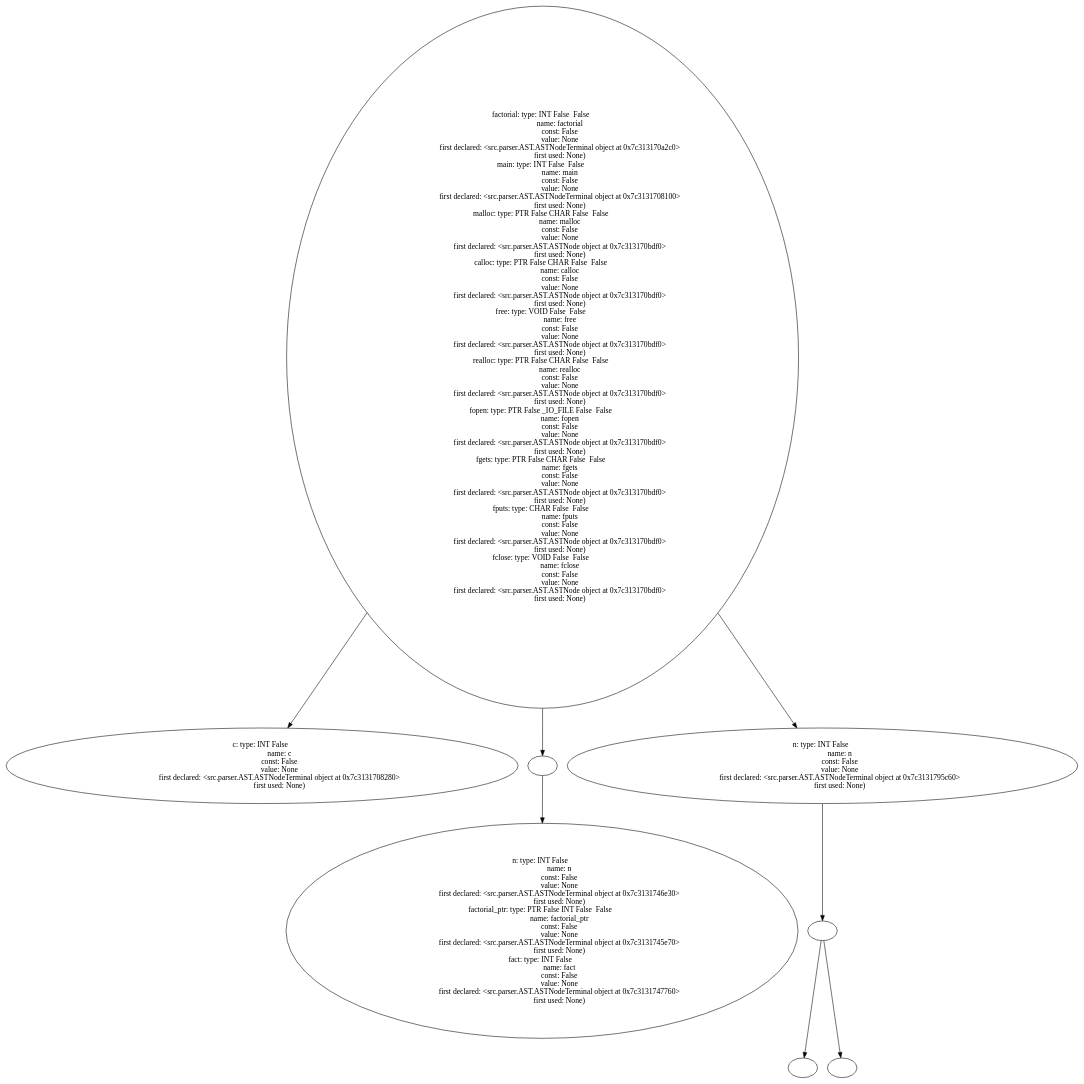
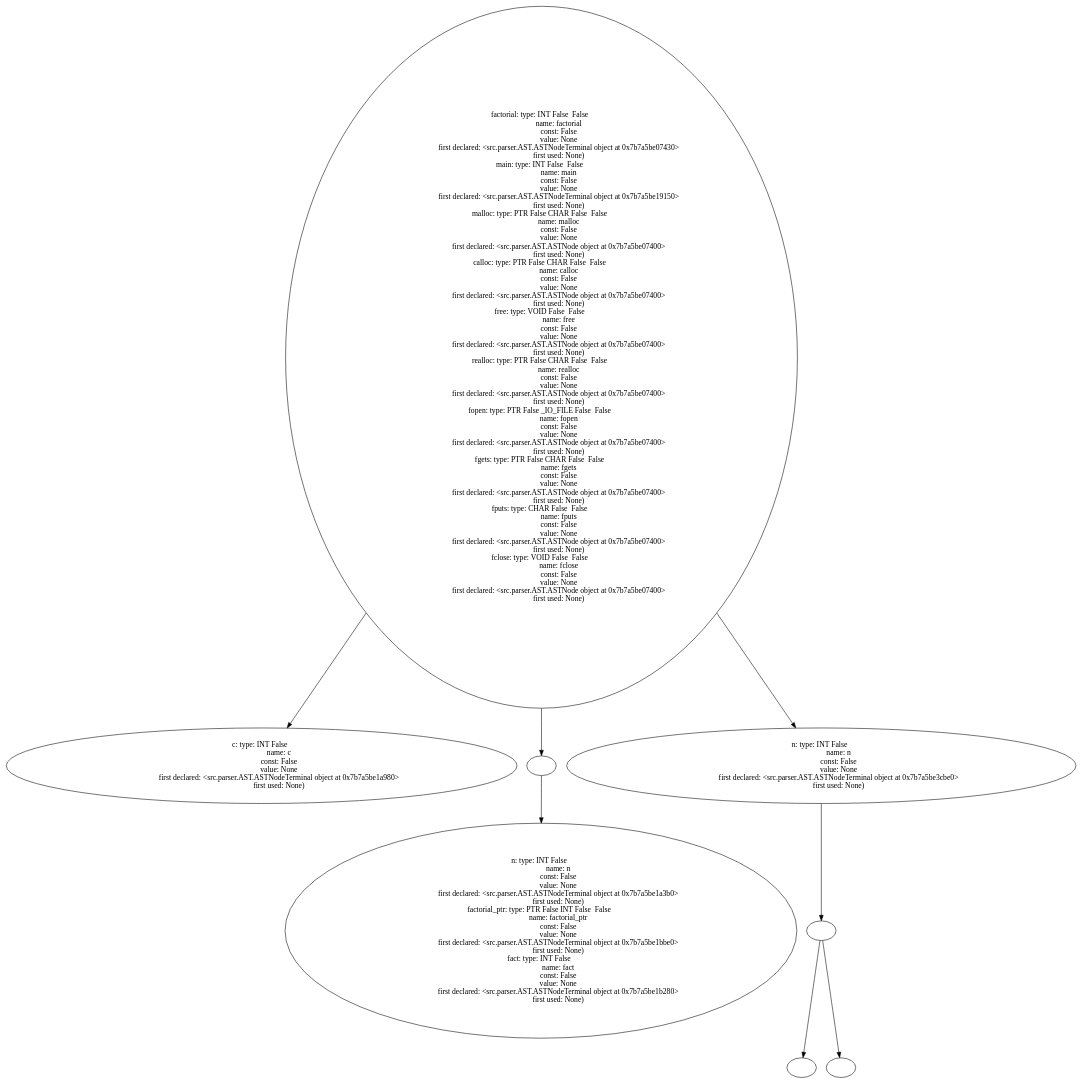
Before and after one commit to Are-you-listening/Compilers: the diagram in example_source_files/47_function_pointer/47_function_pointer_table.dot, drawn with Graphviz. The commit also changed 324 other files, not shown here.

```diff
--- a/example_source_files/47_function_pointer/47_function_pointer_table.dot
+++ b/example_source_files/47_function_pointer/47_function_pointer_table.dot
@@ -1,103 +1,103 @@
 digraph AST {
-  "136550724958768" [label="factorial: type: INT False  False  
+  "135765457740912" [label="factorial: type: INT False  False  
                    name: factorial
                    const: False
                    value: None
-                   first declared: <src.parser.AST.ASTNodeTerminal object at 0x7c313170a2c0>
+                   first declared: <src.parser.AST.ASTNodeTerminal object at 0x7b7a5be07430>
                    first used: None)
 main: type: INT False  False  
                    name: main
                    const: False
                    value: None
-                   first declared: <src.parser.AST.ASTNodeTerminal object at 0x7c3131708100>
+                   first declared: <src.parser.AST.ASTNodeTerminal object at 0x7b7a5be19150>
                    first used: None)
 malloc: type: PTR False CHAR False  False  
                    name: malloc
                    const: False
                    value: None
-                   first declared: <src.parser.AST.ASTNode object at 0x7c313170bdf0>
+                   first declared: <src.parser.AST.ASTNode object at 0x7b7a5be07400>
                    first used: None)
 calloc: type: PTR False CHAR False  False  
                    name: calloc
                    const: False
                    value: None
-                   first declared: <src.parser.AST.ASTNode object at 0x7c313170bdf0>
+                   first declared: <src.parser.AST.ASTNode object at 0x7b7a5be07400>
                    first used: None)
 free: type: VOID False  False  
                    name: free
                    const: False
                    value: None
-                   first declared: <src.parser.AST.ASTNode object at 0x7c313170bdf0>
+                   first declared: <src.parser.AST.ASTNode object at 0x7b7a5be07400>
                    first used: None)
 realloc: type: PTR False CHAR False  False  
                    name: realloc
                    const: False
                    value: None
-                   first declared: <src.parser.AST.ASTNode object at 0x7c313170bdf0>
+                   first declared: <src.parser.AST.ASTNode object at 0x7b7a5be07400>
                    first used: None)
 fopen: type: PTR False _IO_FILE False  False  
                    name: fopen
                    const: False
                    value: None
-                   first declared: <src.parser.AST.ASTNode object at 0x7c313170bdf0>
+                   first declared: <src.parser.AST.ASTNode object at 0x7b7a5be07400>
                    first used: None)
 fgets: type: PTR False CHAR False  False  
                    name: fgets
                    const: False
                    value: None
-                   first declared: <src.parser.AST.ASTNode object at 0x7c313170bdf0>
+                   first declared: <src.parser.AST.ASTNode object at 0x7b7a5be07400>
                    first used: None)
 fputs: type: CHAR False  False  
                    name: fputs
                    const: False
                    value: None
-                   first declared: <src.parser.AST.ASTNode object at 0x7c313170bdf0>
+                   first declared: <src.parser.AST.ASTNode object at 0x7b7a5be07400>
                    first used: None)
 fclose: type: VOID False  False  
                    name: fclose
                    const: False
                    value: None
-                   first declared: <src.parser.AST.ASTNode object at 0x7c313170bdf0>
+                   first declared: <src.parser.AST.ASTNode object at 0x7b7a5be07400>
                    first used: None)"];
-  "136550724958768" -> "136550724959968";
-  "136550724958768" -> "136550724953488";
-  "136550724958768" -> "136550724957088";
-  "136550724959968" [label="c: type: INT False  
+  "135765457740912" -> "135765457747824";
+  "135765457740912" -> "135765457746480";
+  "135765457740912" -> "135765457879392";
+  "135765457747824" [label="c: type: INT False  
                    name: c
                    const: False
                    value: None
-                   first declared: <src.parser.AST.ASTNodeTerminal object at 0x7c3131708280>
+                   first declared: <src.parser.AST.ASTNodeTerminal object at 0x7b7a5be1a980>
                    first used: None)"];
-  "136550724953488" [label=""];
-  "136550724953488" -> "136550724944512";
-  "136550724944512" [label="n: type: INT False  
+  "135765457746480" [label=""];
+  "135765457746480" -> "135765457746720";
+  "135765457746720" [label="n: type: INT False  
                    name: n
                    const: False
                    value: None
-                   first declared: <src.parser.AST.ASTNodeTerminal object at 0x7c3131746e30>
+                   first declared: <src.parser.AST.ASTNodeTerminal object at 0x7b7a5be1a3b0>
                    first used: None)
 factorial_ptr: type: PTR False INT False  False  
                    name: factorial_ptr
                    const: False
                    value: None
-                   first declared: <src.parser.AST.ASTNodeTerminal object at 0x7c3131745e70>
+                   first declared: <src.parser.AST.ASTNodeTerminal object at 0x7b7a5be1bbe0>
                    first used: None)
 fact: type: INT False  
                    name: fact
                    const: False
                    value: None
-                   first declared: <src.parser.AST.ASTNodeTerminal object at 0x7c3131747760>
+                   first declared: <src.parser.AST.ASTNodeTerminal object at 0x7b7a5be1b280>
                    first used: None)"];
-  "136550724957088" [label="n: type: INT False  
+  "135765457879392" [label="n: type: INT False  
                    name: n
                    const: False
                    value: None
-                   first declared: <src.parser.AST.ASTNodeTerminal object at 0x7c3131795c60>
+                   first declared: <src.parser.AST.ASTNodeTerminal object at 0x7b7a5be3cbe0>
                    first used: None)"];
-  "136550724957088" -> "136550724959824";
-  "136550724959824" [label=""];
-  "136550724959824" -> "136550724956032";
-  "136550724959824" -> "136550724955936";
-  "136550724956032" [label=""];
-  "136550724955936" [label=""];
+  "135765457879392" -> "135765457887120";
+  "135765457887120" [label=""];
+  "135765457887120" -> "135765457886832";
+  "135765457887120" -> "135765457889664";
+  "135765457886832" [label=""];
+  "135765457889664" [label=""];
 }
```
